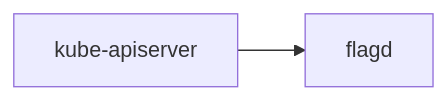
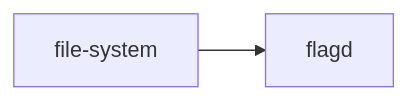
The ninth of 9 diagrams in docs/threat_model.md (open-feature/open-feature-operator), drawn with Mermaid before and after one commit. The commit also changed other lines of this file, not shown here.

````diff
--- a/docs/threat_model.md
+++ b/docs/threat_model.md
@@ -103,4 +143,4 @@
 ```mermaid
 flowchart LR
-    kube-apiserver --> flagd
+    file-system --> flagd
 ```
````
